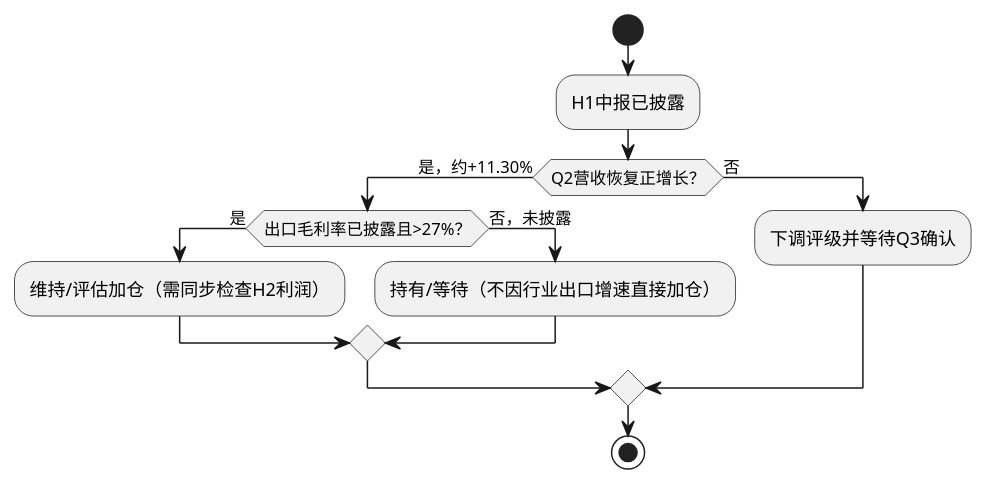
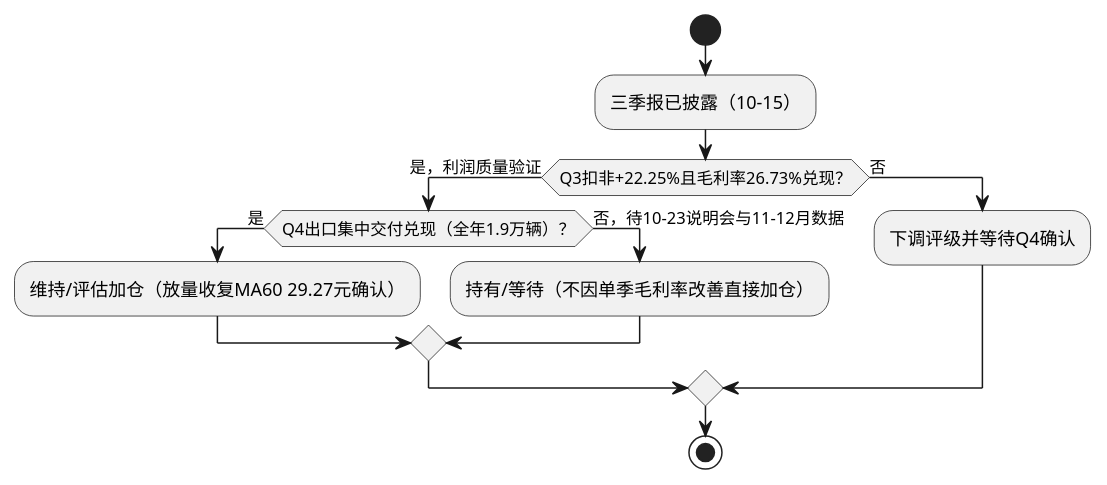
One commit to hrzzzrh/QuantPyLab changed the diagram in investigation/equities/宇通客车/跟踪手册.md. Above: the diagram before and after it, drawn with PlantUML. The commit also changed other lines of this file and 1803 other files, not shown here.

````diff
--- a/investigation/equities/宇通客车/跟踪手册.md
+++ b/investigation/equities/宇通客车/跟踪手册.md
@@ -101,16 +109,16 @@
 ```plantuml
 @startuml
 start
-:H1中报已披露;
-if (Q2营收恢复正增长？) then (是，约+11.30%)
-  if (出口毛利率已披露且>27%？) then (是)
-    :维持/评估加仓（需同步检查H2利润）;
-  else (否，未披露)
-    :持有/等待（不因行业出口增速直接加仓）;
+:三季报已披露（10-15）;
+if (Q3扣非+22.25%且毛利率26.73%兑现？) then (是，利润质量验证)
+  if (Q4出口集中交付兑现（全年1.9万辆）？) then (是)
+    :维持/评估加仓（放量收复MA60 29.27元确认）;
+  else (否，待10-23说明会与11-12月数据)
+    :持有/等待（不因单季毛利率改善直接加仓）;
   endif
 else (否)
-  :下调评级并等待Q3确认;
+  :下调评级并等待Q4确认;
 endif
 stop
 @enduml
 ```
````
